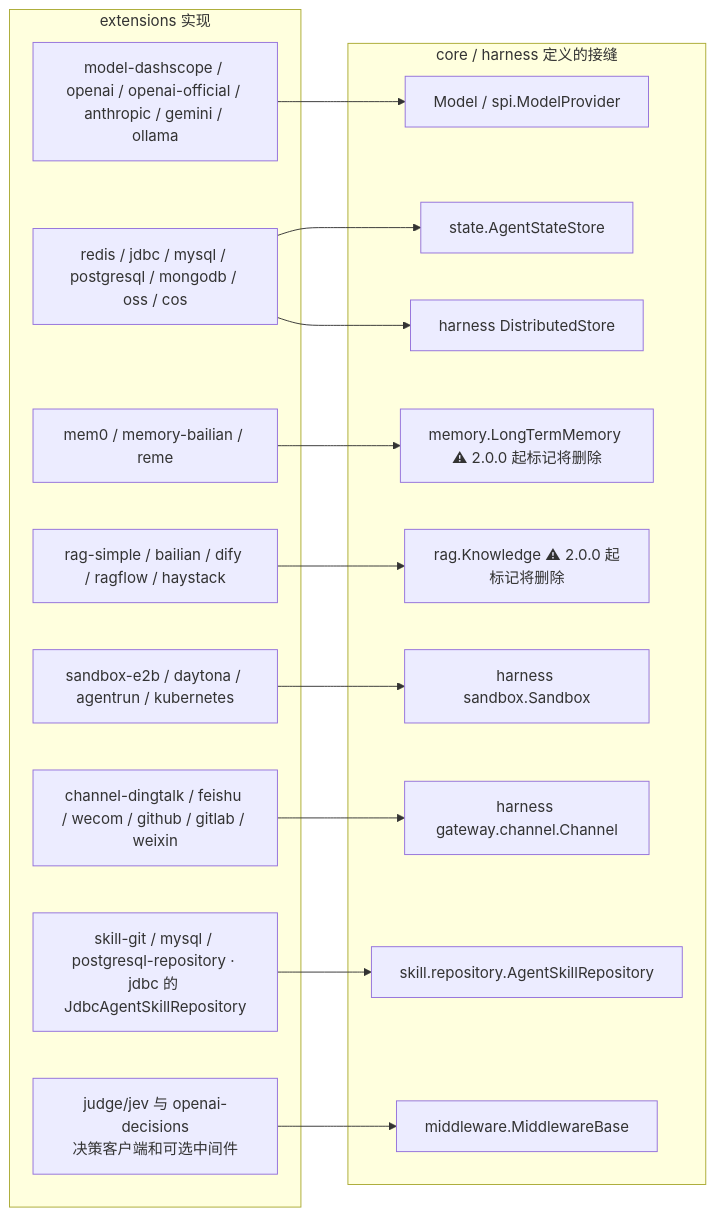
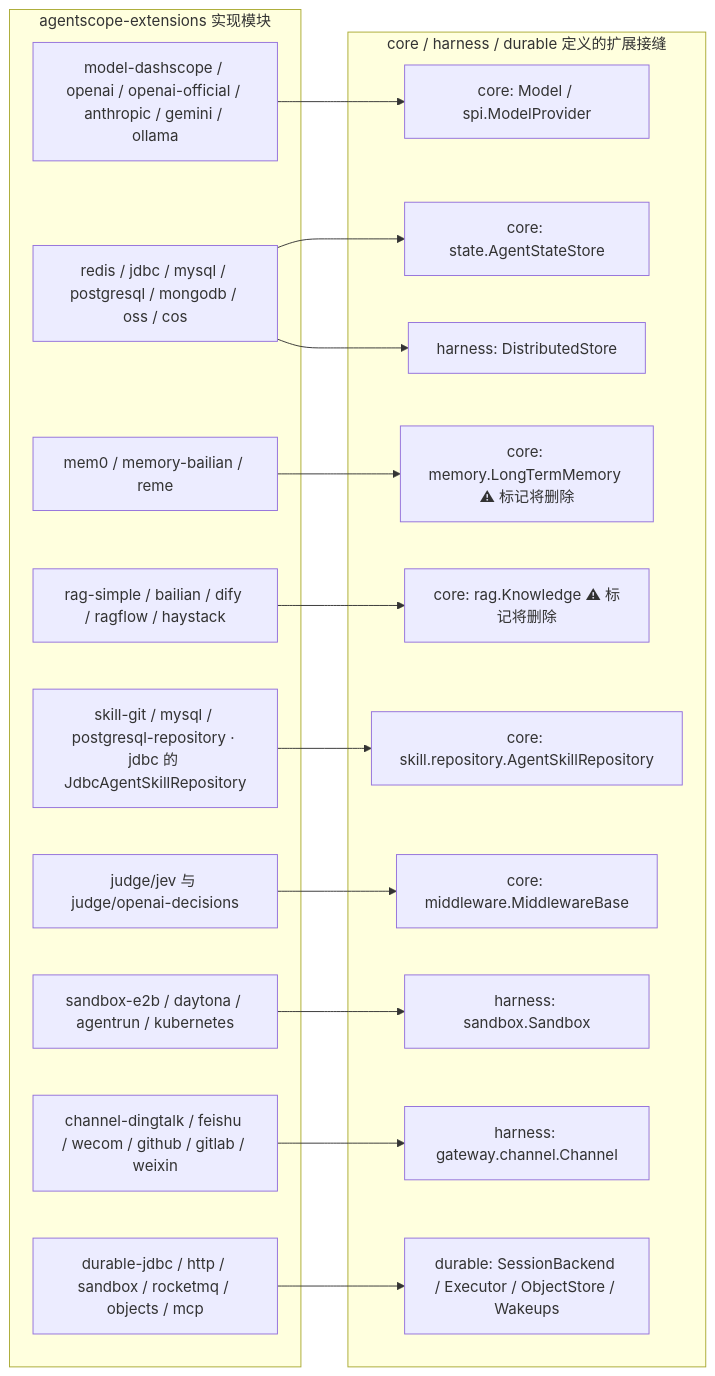
One commit to liulangjietou/AgentScope-source-analysis changed the first of 2 diagrams in 08-扩展生态.md. Above: the diagram before and after it, drawn with Mermaid. The commit also changed other lines of this file and 14 other files, not shown here.

````diff
--- a/08-扩展生态.md
+++ b/08-扩展生态.md
@@ -8,33 +9,36 @@
 ```mermaid
 flowchart LR
-    subgraph CORE_IF["core / harness 定义的接缝"]
-        IM["Model / spi.ModelProvider"]
-        ISS["state.AgentStateStore"]
-        ILTM["memory.LongTermMemory ⚠ 2.0.0 起标记将删除"]
-        IK["rag.Knowledge ⚠ 2.0.0 起标记将删除"]
-        ISB["harness sandbox.Sandbox"]
-        ICH["harness gateway.channel.Channel"]
-        ISK["skill.repository.AgentSkillRepository"]
-        IDS["harness DistributedStore"]
-        IMW["middleware.MiddlewareBase"]
+    subgraph SEAMS["core / harness / durable 定义的扩展接缝"]
+        IM["core: Model / spi.ModelProvider"]
+        ISS["core: state.AgentStateStore"]
+        ILTM["core: memory.LongTermMemory ⚠ 标记将删除"]
+        IK["core: rag.Knowledge ⚠ 标记将删除"]
+        ISK["core: skill.repository.AgentSkillRepository"]
+        IMW["core: middleware.MiddlewareBase"]
+        ISB["harness: sandbox.Sandbox"]
+        ICH["harness: gateway.channel.Channel"]
+        IDS["harness: DistributedStore"]
+        IDB["durable: SessionBackend / Executor / ObjectStore / Wakeups"]
     end
-    subgraph EXTS["extensions 实现"]
-        M5["model-dashscope / openai / openai-official / anthropic / gemini / ollama"]
-        ST["redis / jdbc / mysql / postgresql / mongodb / oss / cos"]
+    subgraph EXTS["agentscope-extensions 实现模块"]
+        M6["model-dashscope / openai / openai-official / anthropic / gemini / ollama"]
+        ST7["redis / jdbc / mysql / postgresql / mongodb / oss / cos"]
         LTM3["mem0 / memory-bailian / reme"]
         RAG5["rag-simple / bailian / dify / ragflow / haystack"]
+        SKR["skill-git / mysql / postgresql-repository · jdbc 的 JdbcAgentSkillRepository"]
+        JEV["judge/jev 与 judge/openai-decisions"]
         SB4["sandbox-e2b / daytona / agentrun / kubernetes"]
         CH6["channel-dingtalk / feishu / wecom / github / gitlab / weixin"]
-        SKR["skill-git / mysql / postgresql-repository · jdbc 的 JdbcAgentSkillRepository"]
-        JEV["judge/jev 与 openai-decisions<br/>决策客户端和可选中间件"]
+        DUR6["durable-jdbc / http / sandbox / rocketmq / objects / mcp"]
     end
-    M5 --> IM
-    ST --> ISS
-    ST --> IDS
+    M6 --> IM
+    ST7 --> ISS
+    ST7 --> IDS
     LTM3 --> ILTM
     RAG5 --> IK
+    SKR --> ISK
+    JEV --> IMW
     SB4 --> ISB
     CH6 --> ICH
-    SKR --> ISK
-    JEV --> IMW
+    DUR6 --> IDB
 ```
````
